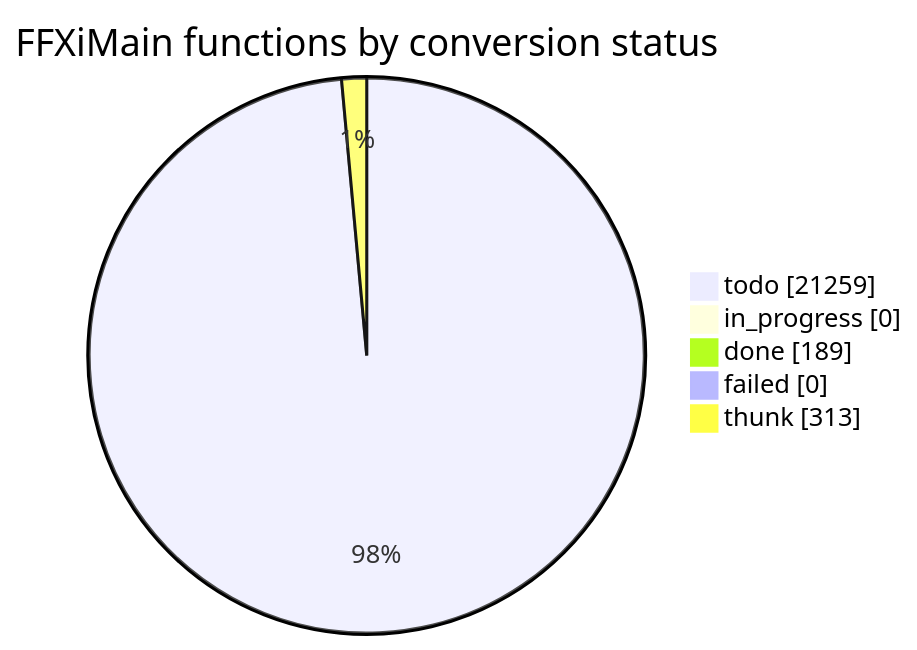
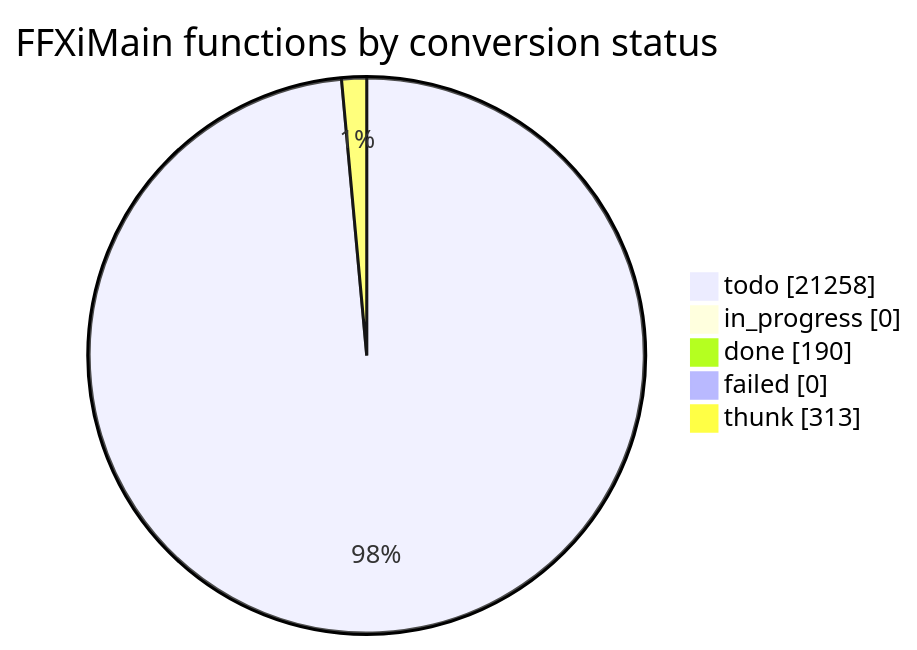
The diagram in docs/cow/STATUS.md (cowrevenge/cow_kuluu_xi_anything), drawn with Mermaid before and after one commit. The commit also changed other lines of this file and 9 other files, not shown here.

````diff
--- a/docs/cow/STATUS.md
+++ b/docs/cow/STATUS.md
@@ -18,9 +18,9 @@
 ```mermaid
 pie showData
     title FFXiMain functions by conversion status
-    "todo" : 21259
+    "todo" : 21258
     "in_progress" : 0
-    "done" : 189
+    "done" : 190
     "failed" : 0
     "thunk" : 313
 ```
````
